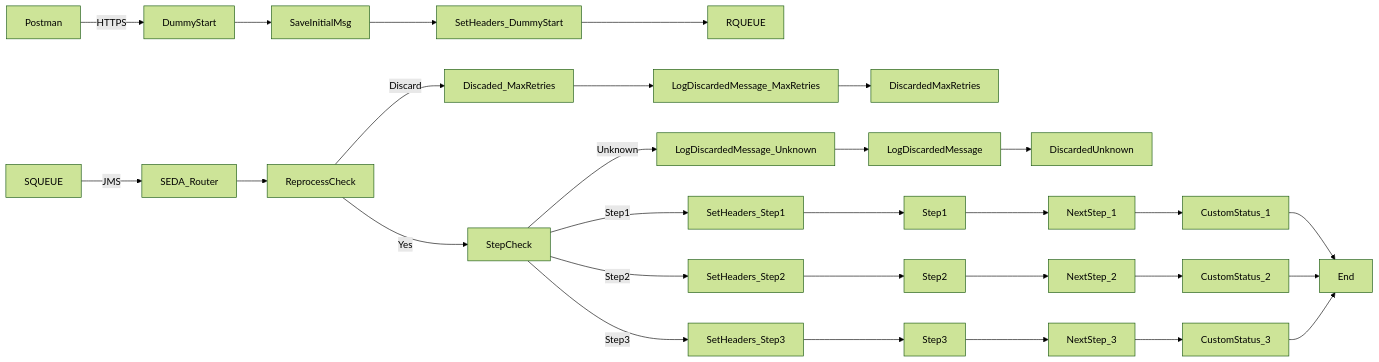
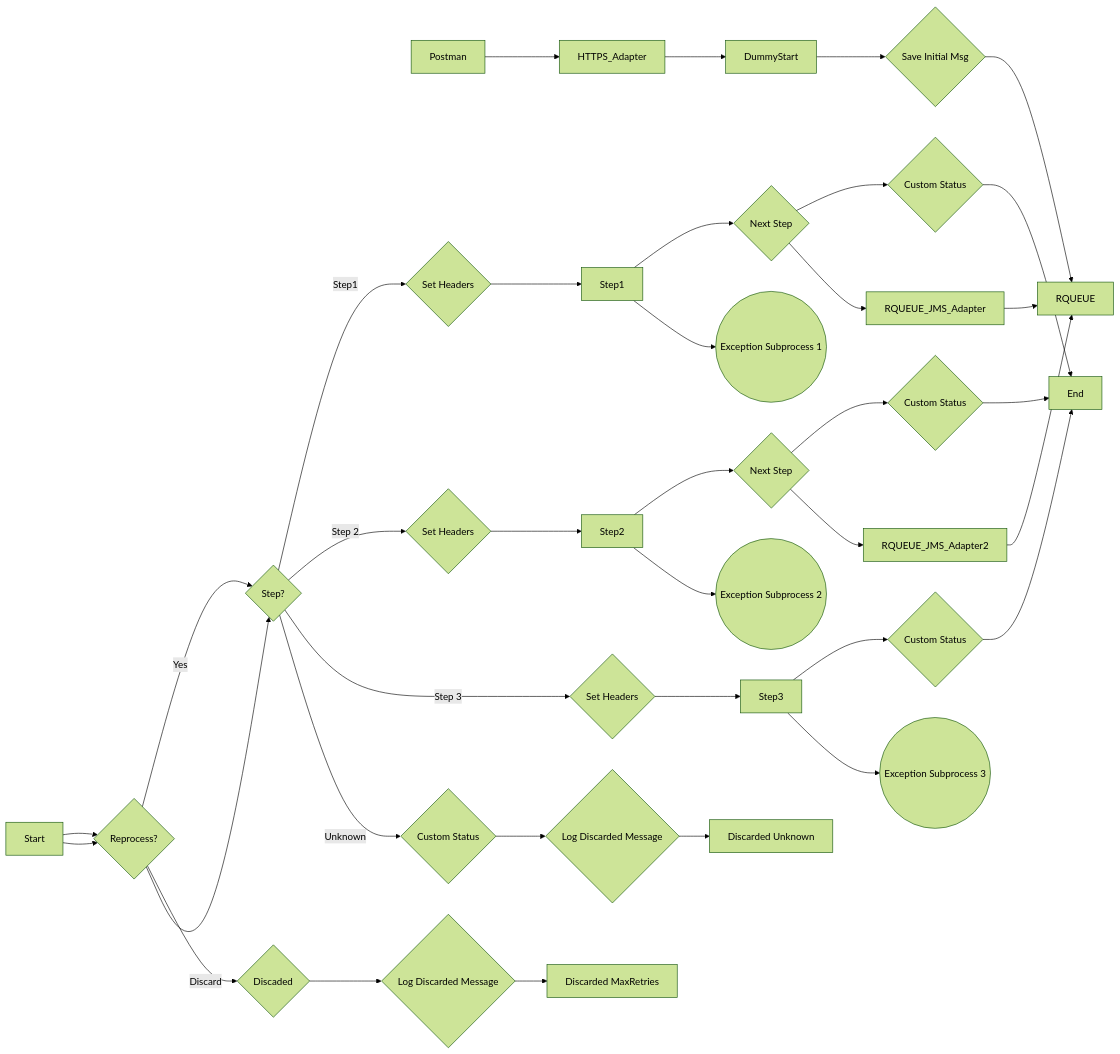
The diagram in MMZ - Cell Iflows/SEDA_Model_-_Single_Queue_-_Restart_and_Discard_MMZ-1.0.1/readme.md (Avvale-IA-CICD/AvvaleCPI), drawn with Mermaid (forest theme) before and after one commit. The commit also changed other lines of this file, not shown here.

Commit message:
Add/update documentation for SEDA_Model_-_Single_Queue_-_Restart_and_Discard_MMZ v1.0.1

````diff
--- a/MMZ - Cell Iflows/SEDA_Model_-_Single_Queue_-_Restart_and_Discard_MMZ-1.0.1/readme.md
+++ b/MMZ - Cell Iflows/SEDA_Model_-_Single_Queue_-_Restart_and_Discard_MMZ-1.0.1/readme.md
@@ -4,35 +5,35 @@
 ```mermaid
 graph LR
-    Postman -- HTTPS --> DummyStart
-    SQUEUE -- JMS --> SEDA_Router
-    DummyStart --> SaveInitialMsg
-    SaveInitialMsg --> SetHeaders_DummyStart
-    SetHeaders_DummyStart --> RQUEUE
-    SEDA_Router --> ReprocessCheck
-    ReprocessCheck -- Yes --> StepCheck
-    ReprocessCheck -- Discard --> Discaded_MaxRetries
-    Discaded_MaxRetries --> LogDiscardedMessage_MaxRetries
-    LogDiscardedMessage_MaxRetries --> DiscardedMaxRetries
-    StepCheck -- Step1 --> SetHeaders_Step1
-    StepCheck -- Step2 --> SetHeaders_Step2
-    StepCheck -- Step3 --> SetHeaders_Step3
-    StepCheck -- Unknown --> LogDiscardedMessage_Unknown
-    LogDiscardedMessage_Unknown --> LogDiscardedMessage
-    LogDiscardedMessage --> DiscardedUnknown
-
-    SetHeaders_Step1 --> Step1
-    SetHeaders_Step2 --> Step2
-    SetHeaders_Step3 --> Step3
-
-    Step1 --> NextStep_1
-    Step2 --> NextStep_2
-    Step3 --> NextStep_3
-
-    NextStep_1 --> CustomStatus_1
-    NextStep_2 --> CustomStatus_2
-    NextStep_3 --> CustomStatus_3
-
-    CustomStatus_1 --> End
-    CustomStatus_2 --> End
-    CustomStatus_3 --> End
+    Postman --> HTTPS_Adapter --> DummyStart
+    DummyStart --> JMS_STEP0{Save Initial Msg}
+    JMS_STEP0 --> RQUEUE
+    Start --> Reprocess{Reprocess?}
+    Reprocess -- Yes --> StepCheck{Step?}
+    Reprocess -- Discard --> DiscardedMessage{Discaded}
+    DiscardedMessage --> LogDiscarded{Log Discarded Message}
+    LogDiscarded --> DiscardedMaxRetries[Discarded MaxRetries]
+    StepCheck -- Step1 --> SetHeadersStep1{Set Headers}
+    StepCheck -- Step 2 --> SetHeadersStep2{Set Headers}
+    StepCheck -- Step 3 --> SetHeadersStep3{Set Headers}
+    StepCheck -- Unknown --> DiscardedUnknownStep{Custom Status}
+    DiscardedUnknownStep --> LogDiscardedUnknown{Log Discarded Message}
+    LogDiscardedUnknown --> DiscardedUnknown[Discarded Unknown]
+    SetHeadersStep1 --> Step1
+    SetHeadersStep2 --> Step2
+    SetHeadersStep3 --> Step3
+    Step1 --> NextStep1{Next Step}
+    Step2 --> NextStep2{Next Step}
+    Step3 --> SetCustomStatusStep3{Custom Status}
+    NextStep1 --> CustomStatusStep1{Custom Status}
+    NextStep2 --> CustomStatusStep2{Custom Status}
+    SetCustomStatusStep3 --> End
+    CustomStatusStep1 --> End
+    CustomStatusStep2 --> End
+    NextStep1 --> RQUEUE_JMS_Adapter --> RQUEUE
+    NextStep2 --> RQUEUE_JMS_Adapter2 --> RQUEUE
+    Step1 --> Exception1((Exception Subprocess 1))
+    Step2 --> Exception2((Exception Subprocess 2))
+    Step3 --> Exception3((Exception Subprocess 3))
+    Start --> Reprocess
+    Reprocess --> StepCheck
 ```
````
